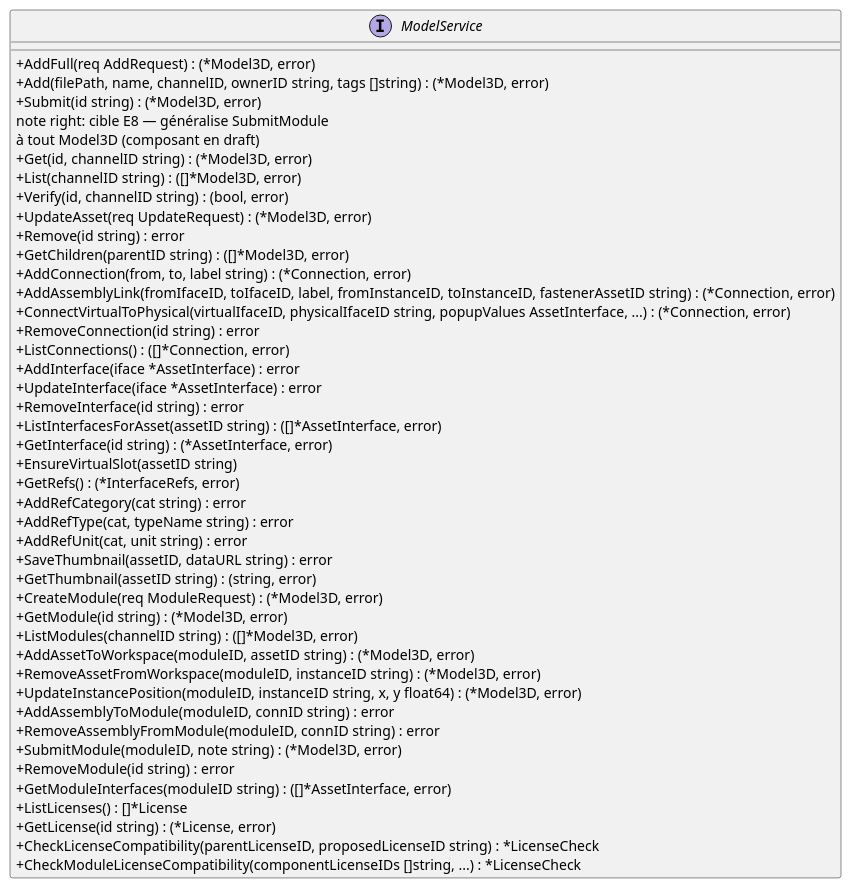
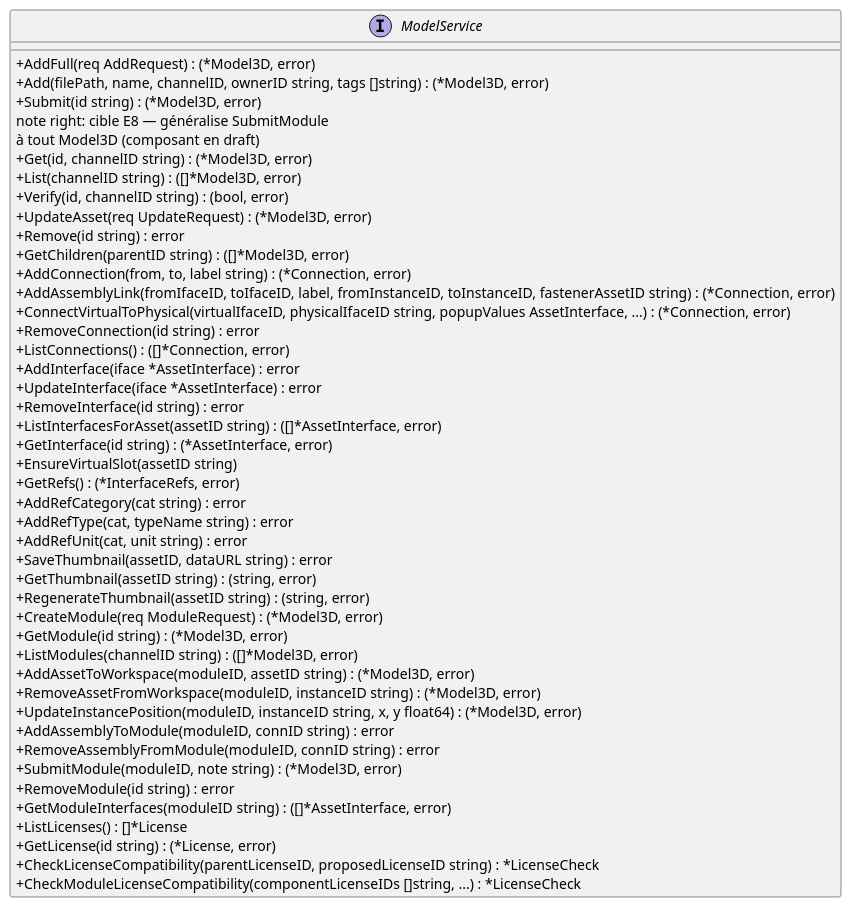
The fourth of 5 diagrams in specs/3-Conception/Architecture_Composition.md (olivaux/myr), drawn with PlantUML before and after one commit. The commit also changed other lines of this file and 9 other files, not shown here.

````diff
--- a/specs/3-Conception/Architecture_Composition.md
+++ b/specs/3-Conception/Architecture_Composition.md
@@ -378,55 +378,56 @@
 ```plantuml
 @startuml
 skinparam classAttributeIconSize 0
 interface ModelService {
   ' D3/D4 — Composants
   + AddFull(req AddRequest) : (*Model3D, error)
   + Add(filePath, name, channelID, ownerID string, tags []string) : (*Model3D, error)
   + Submit(id string) : (*Model3D, error)
   note right: cible E8 — généralise SubmitModule\nà tout Model3D (composant en draft)
   + Get(id, channelID string) : (*Model3D, error)
   + List(channelID string) : ([]*Model3D, error)
   + Verify(id, channelID string) : (bool, error)
   + UpdateAsset(req UpdateRequest) : (*Model3D, error)
   + Remove(id string) : error
   + GetChildren(parentID string) : ([]*Model3D, error)
   ' D5 — Connexions (composition d'un module)
   + AddConnection(from, to, label string) : (*Connection, error)
   + AddAssemblyLink(fromIfaceID, toIfaceID, label, fromInstanceID, toInstanceID, fastenerAssetID string) : (*Connection, error)
   + ConnectVirtualToPhysical(virtualIfaceID, physicalIfaceID string, popupValues AssetInterface, ...) : (*Connection, error)
   + RemoveConnection(id string) : error
   + ListConnections() : ([]*Connection, error)
   ' D5 — Interfaces physiques
   + AddInterface(iface *AssetInterface) : error
   + UpdateInterface(iface *AssetInterface) : error
   + RemoveInterface(id string) : error
   + ListInterfacesForAsset(assetID string) : ([]*AssetInterface, error)
   + GetInterface(id string) : (*AssetInterface, error)
   + EnsureVirtualSlot(assetID string)
   + GetRefs() : (*InterfaceRefs, error)
   + AddRefCategory(cat string) : error
   + AddRefType(cat, typeName string) : error
   + AddRefUnit(cat, unit string) : error
   ' D5 — Miniatures
   + SaveThumbnail(assetID, dataURL string) : error
   + GetThumbnail(assetID string) : (string, error)
+  + RegenerateThumbnail(assetID string) : (string, error)
   ' D6 — Modules
   + CreateModule(req ModuleRequest) : (*Model3D, error)
   + GetModule(id string) : (*Model3D, error)
   + ListModules(channelID string) : ([]*Model3D, error)
   + AddAssetToWorkspace(moduleID, assetID string) : (*Model3D, error)
   + RemoveAssetFromWorkspace(moduleID, instanceID string) : (*Model3D, error)
   + UpdateInstancePosition(moduleID, instanceID string, x, y float64) : (*Model3D, error)
   + AddAssemblyToModule(moduleID, connID string) : error
   + RemoveAssemblyFromModule(moduleID, connID string) : error
   + SubmitModule(moduleID, note string) : (*Model3D, error)
   + RemoveModule(id string) : error
   + GetModuleInterfaces(moduleID string) : ([]*AssetInterface, error)
   ' Licences
   + ListLicenses() : []*License
   + GetLicense(id string) : (*License, error)
   + CheckLicenseCompatibility(parentLicenseID, proposedLicenseID string) : *LicenseCheck
   + CheckModuleLicenseCompatibility(componentLicenseIDs []string, ...) : *LicenseCheck
 }
 @enduml
 ```
````
